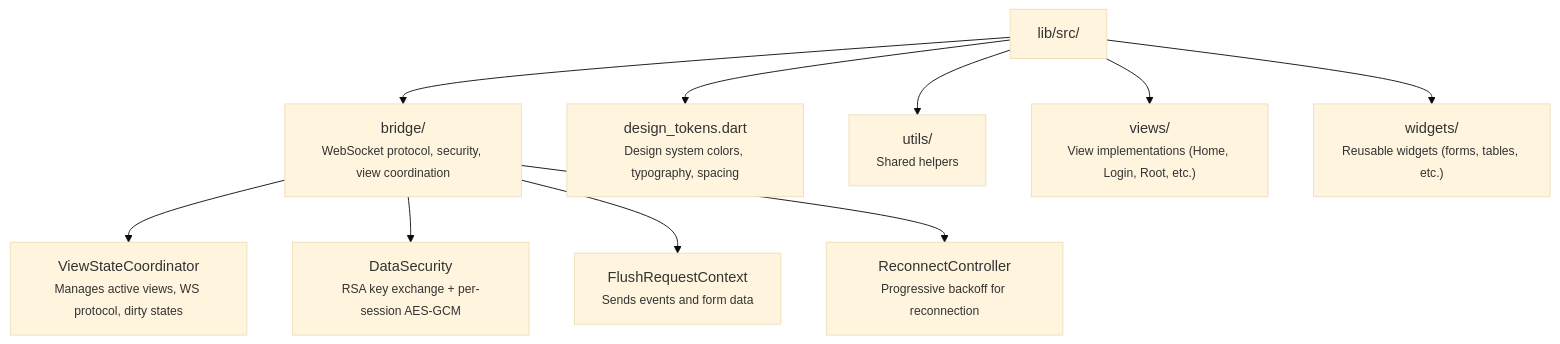
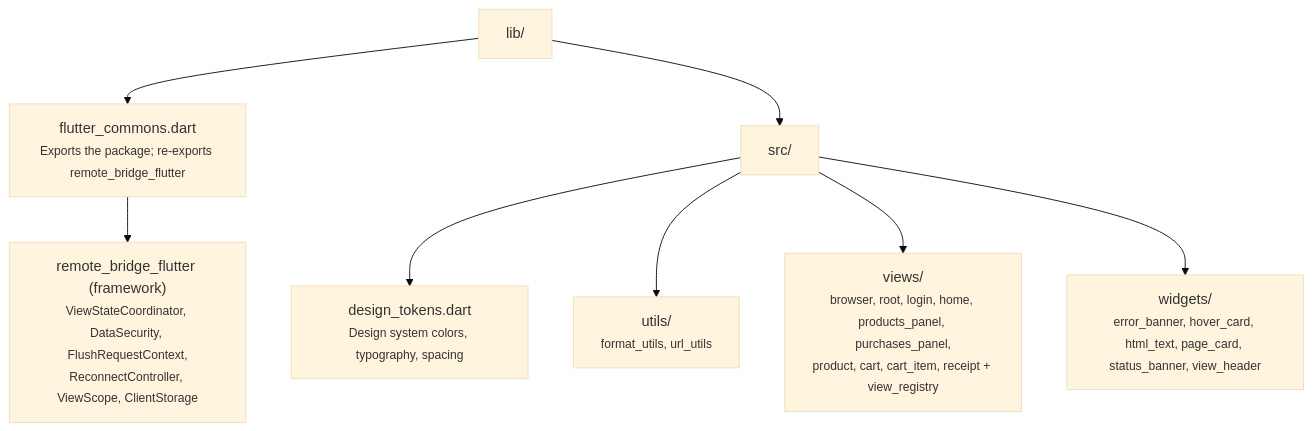
The diagram in fontes/br.com.wdc.store/br.com.wdc.store.view.remote/remote.shell.flutter/flutter.commons/README.md (mrcdom/wdc-cube-java-v2), drawn with Mermaid (base theme) before and after one commit. The commit also changed other lines of this file and 50 other files, not shown here.

````diff
--- a/fontes/br.com.wdc.store/br.com.wdc.store.view.remote/remote.shell.flutter/flutter.commons/README.md
+++ b/fontes/br.com.wdc.store/br.com.wdc.store.view.remote/remote.shell.flutter/flutter.commons/README.md
@@ -9,23 +9,19 @@
 ```mermaid
 graph TD
-    lib["lib/src/"]
-    bridge["bridge/<br/><small>WebSocket protocol, security, view coordination</small>"]
-    vsc["ViewStateCoordinator<br/><small>Manages active views, WS protocol, dirty states</small>"]
-    ds["DataSecurity<br/><small>RSA key exchange + per-session AES-GCM</small>"]
-    frc["FlushRequestContext<br/><small>Sends events and form data</small>"]
-    rc["ReconnectController<br/><small>Progressive backoff for reconnection</small>"]
+    lib["lib/"]
+    entry["flutter_commons.dart<br/><small>Exports the package; re-exports remote_bridge_flutter</small>"]
+    src["src/"]
     dt["design_tokens.dart<br/><small>Design system colors, typography, spacing</small>"]
-    utils["utils/<br/><small>Shared helpers</small>"]
-    views["views/<br/><small>View implementations (Home, Login, Root, etc.)</small>"]
-    widgets["widgets/<br/><small>Reusable widgets (forms, tables, etc.)</small>"]
+    utils["utils/<br/><small>format_utils, url_utils</small>"]
+    views["views/<br/><small>browser, root, login, home, products_panel, purchases_panel,<br/>product, cart, cart_item, receipt + view_registry</small>"]
+    widgets["widgets/<br/><small>error_banner, hover_card, html_text, page_card, status_banner, view_header</small>"]
+    bridge["remote_bridge_flutter (framework)<br/><small>ViewStateCoordinator, DataSecurity, FlushRequestContext,<br/>ReconnectController, ViewScope, ClientStorage</small>"]
 
-    lib --> bridge
-    lib --> dt
-    lib --> utils
-    lib --> views
-    lib --> widgets
-    bridge --> vsc
-    bridge --> ds
-    bridge --> frc
-    bridge --> rc
+    lib --> entry
+    lib --> src
+    src --> dt
+    src --> utils
+    src --> views
+    src --> widgets
+    entry --> bridge
 ```
````
